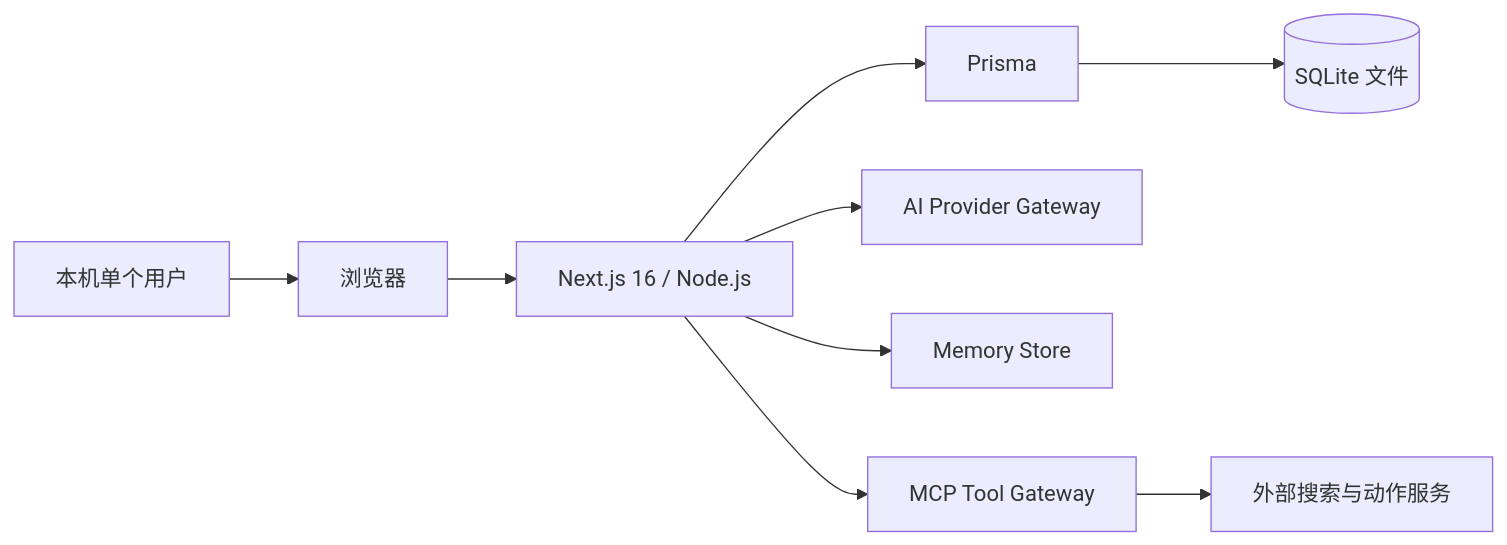
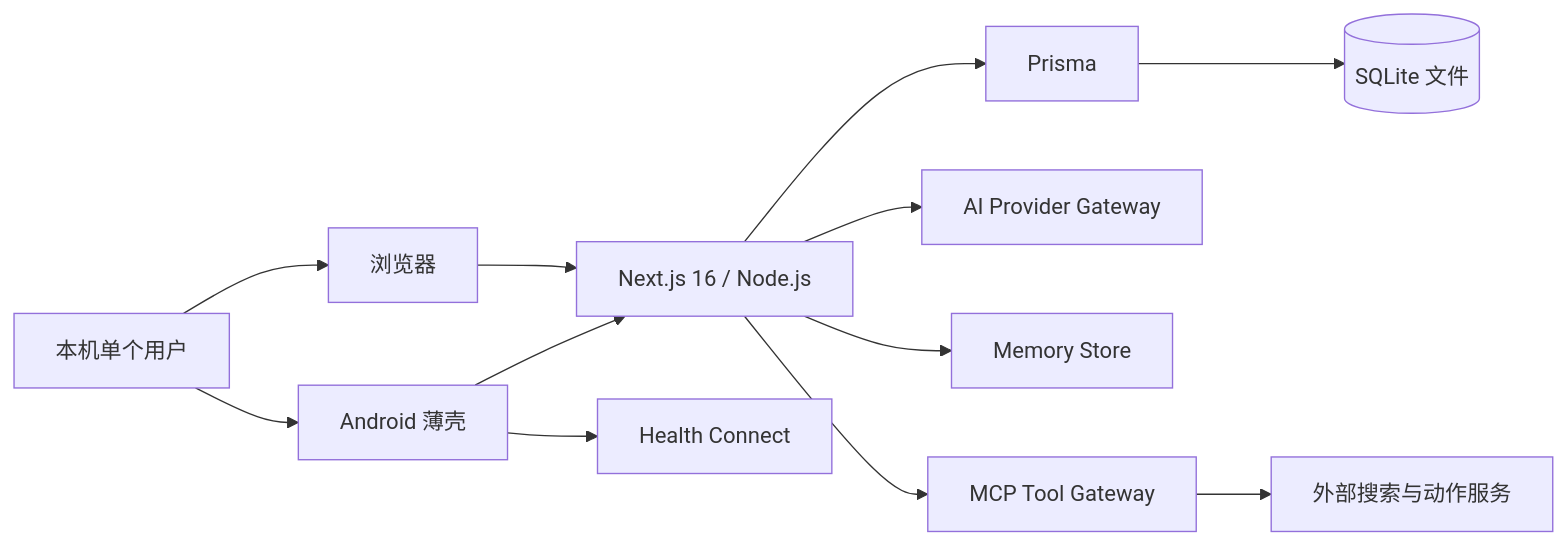
The diagram in dev_repo/architecture/ARCHITECTURE.md (lehengzhangJacob/software_train), drawn with Mermaid before and after one commit. The commit also changed other lines of this file and 5 other files, not shown here.

Commit message:
docs(arch): ratify android health shell node and ADR-0005

```diff
--- a/dev_repo/architecture/ARCHITECTURE.md
+++ b/dev_repo/architecture/ARCHITECTURE.md
@@ -7,11 +7,14 @@
 ~~~mermaid
 flowchart LR
   U[本机单个用户] --> B[浏览器]
   B --> N[Next.js 16 / Node.js]
+  U --> SH[Android 薄壳]
+  SH --> N
+  SH --> HC[Health Connect]
   N --> P[Prisma]
   P --> S[(SQLite 文件)]
   N --> A[AI Provider Gateway]
   N --> M[Memory Store]
   N --> T[MCP Tool Gateway]
   T --> X[外部搜索与动作服务]
 ~~~
```
